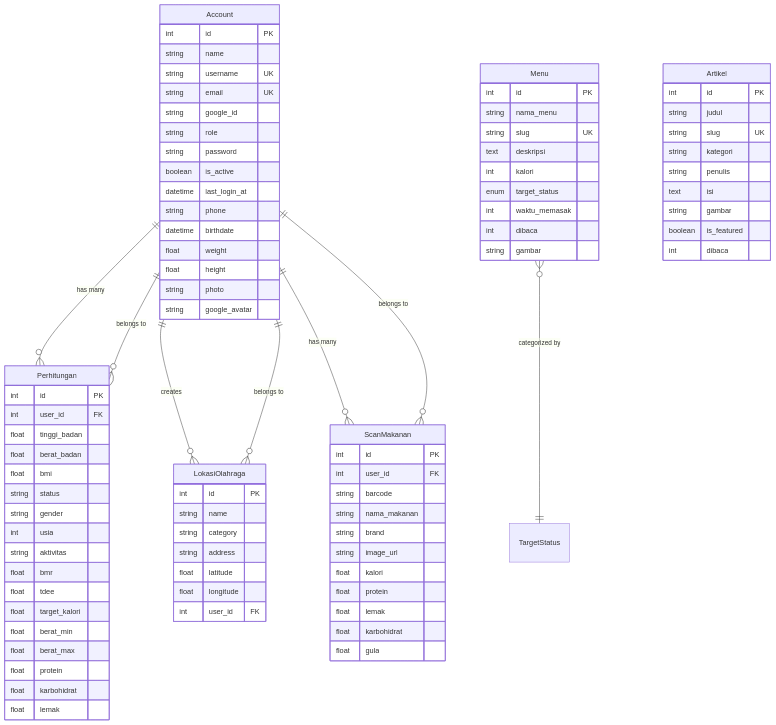
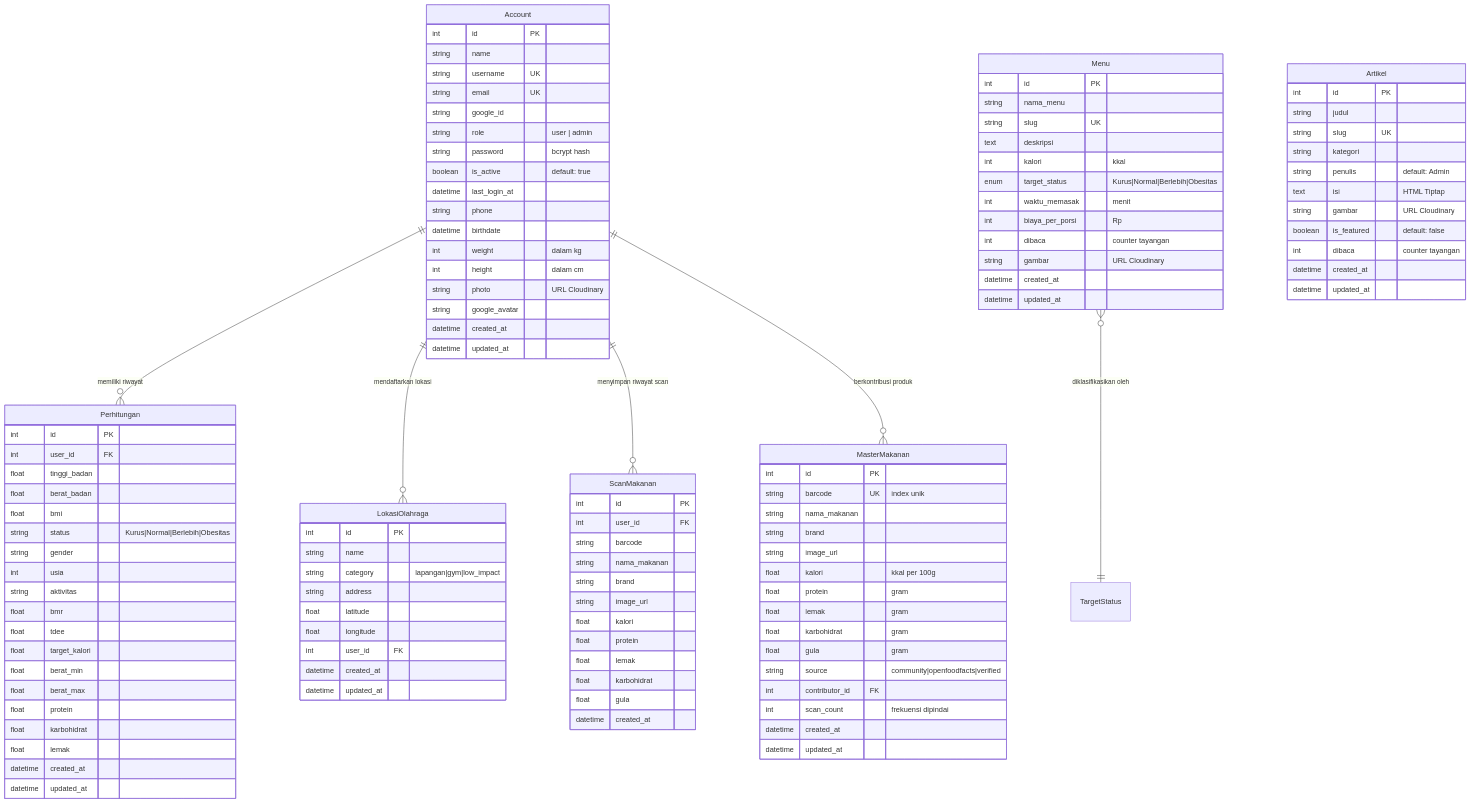
The fifth of 5 diagrams in docs/PRD.md (madsobirin/proyek_3), drawn with Mermaid before and after one commit. The commit also changed other lines of this file and 2 other files, not shown here.

````diff
--- a/docs/PRD.md
+++ b/docs/PRD.md
@@ -391,12 +406,10 @@
 ```mermaid
 erDiagram
-    Account ||--o{ Perhitungan : "has many"
-    Account ||--o{ LokasiOlahraga : "creates"
-    Account ||--o{ ScanMakanan : "has many"
-    Menu }o--|| TargetStatus : "categorized by"
-    Perhitungan }o--|| Account : "belongs to"
-    LokasiOlahraga }o--|| Account : "belongs to"
-    ScanMakanan }o--|| Account : "belongs to"
+    Account ||--o{ Perhitungan : "memiliki riwayat"
+    Account ||--o{ LokasiOlahraga : "mendaftarkan lokasi"
+    Account ||--o{ ScanMakanan : "menyimpan riwayat scan"
+    Account ||--o{ MasterMakanan : "berkontribusi produk"
+    Menu }o--|| TargetStatus : "diklasifikasikan oleh"
 
     Account {
         int id PK
@@ -404,16 +417,18 @@
         string username UK
         string email UK
         string google_id
-        string role
-        string password
-        boolean is_active
+        string role "user | admin"
+        string password "bcrypt hash"
+        boolean is_active "default: true"
         datetime last_login_at
         string phone
         datetime birthdate
-        float weight
-        float height
-        string photo
+        int weight "dalam kg"
+        int height "dalam cm"
+        string photo "URL Cloudinary"
         string google_avatar
+        datetime created_at
+        datetime updated_at
     }
 
     Menu {
@@ -421,11 +436,14 @@
         string nama_menu
         string slug UK
         text deskripsi
-        int kalori
-        enum target_status
-        int waktu_memasak
-        int dibaca
-        string gambar
+        int kalori "kkal"
+        enum target_status "Kurus|Normal|Berlebih|Obesitas"
+        int waktu_memasak "menit"
+        int biaya_per_porsi "Rp"
+        int dibaca "counter tayangan"
+        string gambar "URL Cloudinary"
+        datetime created_at
+        datetime updated_at
     }
 
     Artikel {
@@ -433,21 +451,43 @@
         string judul
         string slug UK
         string kategori
-        string penulis
-        text isi
-        string gambar
-        boolean is_featured
-        int dibaca
+        string penulis "default: Admin"
+        text isi "HTML Tiptap"
+        string gambar "URL Cloudinary"
+        boolean is_featured "default: false"
+        int dibaca "counter tayangan"
+        datetime created_at
+        datetime updated_at
     }
 
     LokasiOlahraga {
         int id PK
         string name
-        string category
+        string category "lapangan|gym|low_impact"
         string address
         float latitude
         float longitude
         int user_id FK
+        datetime created_at
+        datetime updated_at
+    }
+
+    MasterMakanan {
+        int id PK
+        string barcode UK "index unik"
+        string nama_makanan
+        string brand
+        string image_url
+        float kalori "kkal per 100g"
+        float protein "gram"
+        float lemak "gram"
+        float karbohidrat "gram"
+        float gula "gram"
+        string source "community|openfoodfacts|verified"
+        int contributor_id FK
+        int scan_count "frekuensi dipindai"
+        datetime created_at
+        datetime updated_at
     }
 
     Perhitungan {
@@ -456,7 +496,7 @@
         float tinggi_badan
         float berat_badan
         float bmi
-        string status
+        string status "Kurus|Normal|Berlebih|Obesitas"
         string gender
         int usia
         string aktivitas
@@ -468,6 +508,8 @@
         float protein
         float karbohidrat
         float lemak
+        datetime created_at
+        datetime updated_at
     }
 
     ScanMakanan {
@@ -482,5 +524,6 @@
         float lemak
         float karbohidrat
         float gula
+        datetime created_at
     }
 ```
````
